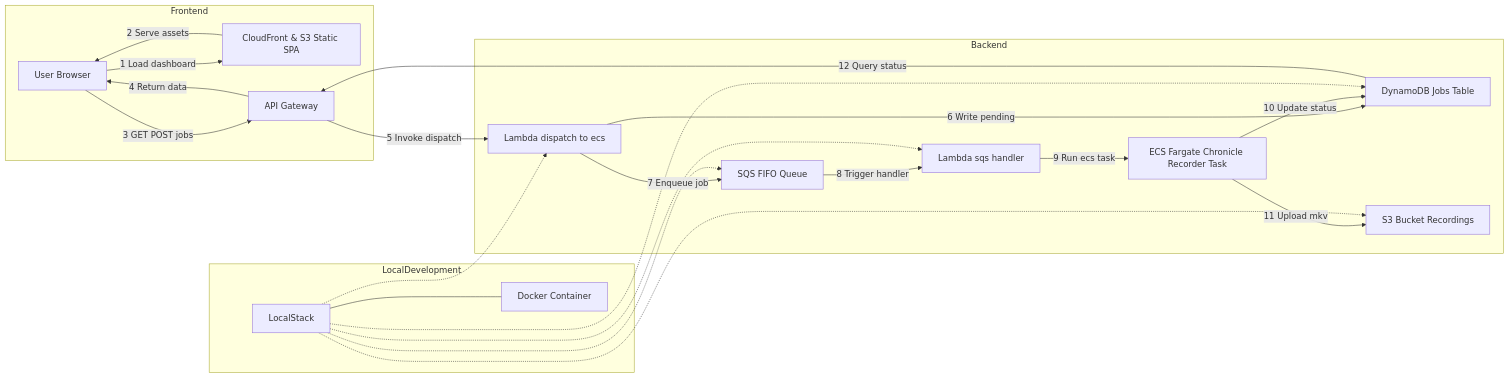
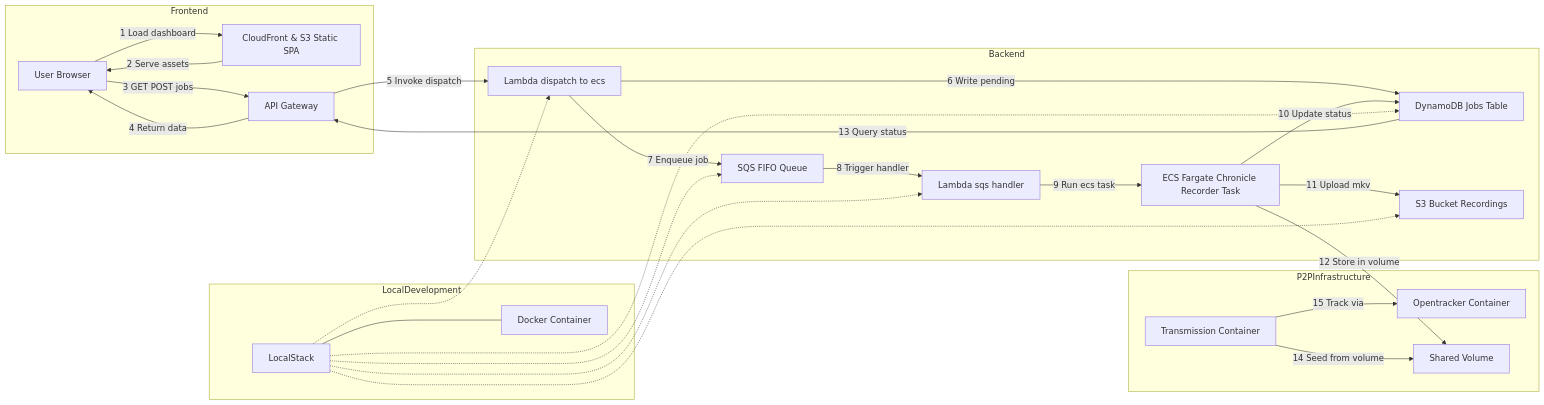
The diagram in README.md (poiley/chronicle), drawn with Mermaid before and after one commit. The commit also changed other lines of this file and 61 other files, not shown here.

````diff
--- a/README.md
+++ b/README.md
@@ -96,45 +73,55 @@
 ```mermaid
 flowchart LR
   subgraph Frontend
     U[User Browser]
     CF[CloudFront & S3 Static SPA]
     API[API Gateway]
   end
 
   subgraph Backend
     L1[Lambda dispatch to ecs]
     DB[DynamoDB Jobs Table]
     Q[SQS FIFO Queue]
     L2[Lambda sqs handler]
     ECS[ECS Fargate Chronicle Recorder Task]
     S3[S3 Bucket Recordings]
+  end
+
+  subgraph P2PInfrastructure
+    TR[Transmission Container]
+    OT[Opentracker Container]
+    SV[Shared Volume]
   end
 
   subgraph LocalDevelopment
     LS[LocalStack]
     DC[Docker Container]
   end
 
   U -->|1 Load dashboard| CF
   CF -->|2 Serve assets| U
   U -->|3 GET POST jobs| API
   API -->|4 Return data| U
 
   API -->|5 Invoke dispatch| L1
   L1 -->|6 Write pending| DB
   L1 -->|7 Enqueue job| Q
 
   Q -->|8 Trigger handler| L2
   L2 -->|9 Run ecs task| ECS
   ECS -->|10 Update status| DB
   ECS -->|11 Upload mkv| S3
+  ECS -->|12 Store in volume| SV
 
-  DB -->|12 Query status| API
+  DB -->|13 Query status| API
+  
+  TR -->|14 Seed from volume| SV
+  TR -->|15 Track via| OT
   
   LS --- DC
   LS -.-> DB
   LS -.-> Q
   LS -.-> S3
   LS -.-> L1
   LS -.-> L2
 ```
````
